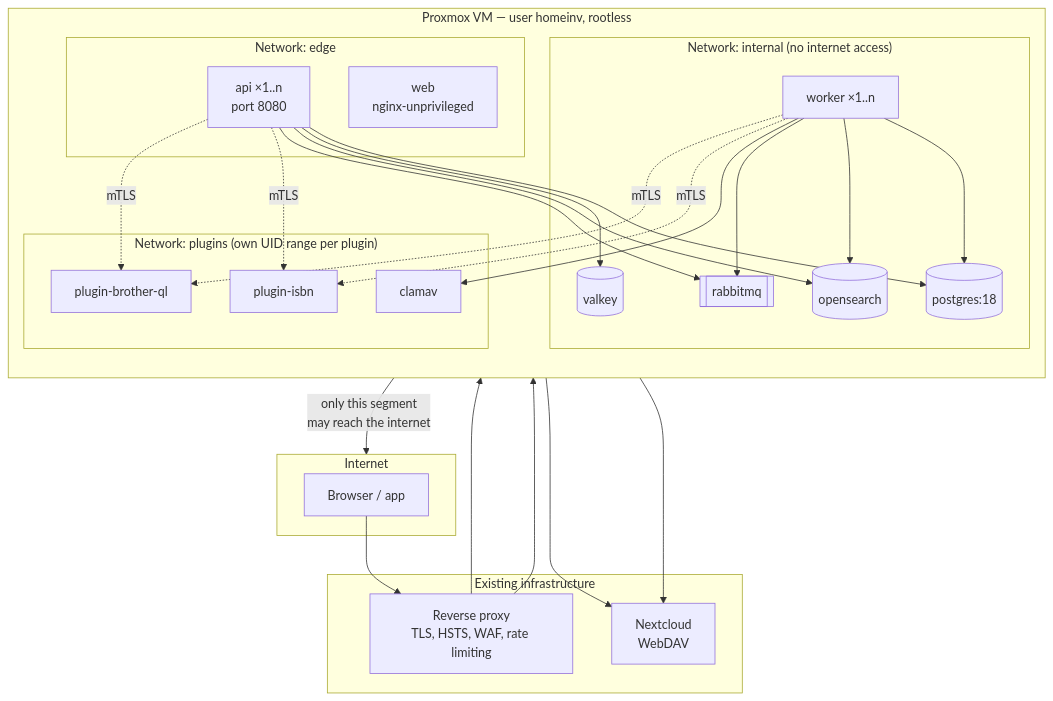
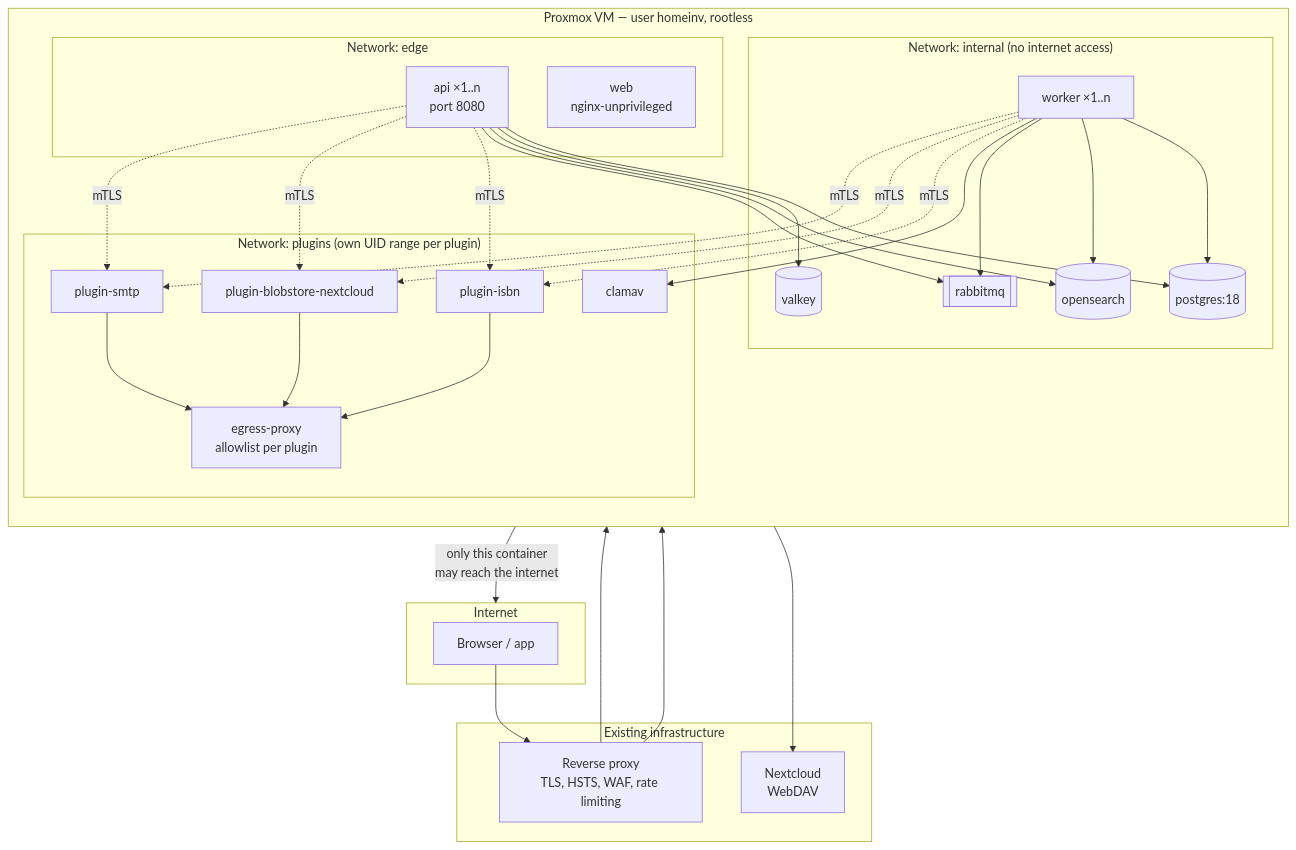
One commit to greluc/Home-Inventory changed the second of 2 diagrams in docs/architecture/06-deployment-view.md. Above: the diagram before and after it, drawn with Mermaid. The commit also changed other lines of this file and 38 other files, not shown here.

````diff
--- a/docs/architecture/06-deployment-view.md
+++ b/docs/architecture/06-deployment-view.md
@@ -378,39 +407,41 @@
 ```mermaid
 graph TB
     subgraph Internet
         BR["Browser / app"]
     end
     subgraph "Existing infrastructure"
         RP["Reverse proxy<br/>TLS, HSTS, WAF, rate limiting"]
         NC["Nextcloud<br/>WebDAV"]
     end
     subgraph VM["Proxmox VM — user homeinv, rootless"]
         direction TB
         subgraph netEdge["Network: edge"]
             WEB["web<br/>nginx-unprivileged"]
             APP["api ×1..n<br/>port 8080"]
         end
         subgraph netInt["Network: internal (no internet access)"]
             WRK["worker ×1..n"]
             PG[("postgres:18")]
             OS[("opensearch")]
             MQ[["rabbitmq"]]
             KV[("valkey")]
         end
         subgraph netPlug["Network: plugins (own UID range per plugin)"]
             CAV["clamav"]
+            EGP["egress-proxy<br/>allowlist per plugin"]
             PH1["plugin-isbn"]
-            PH2["plugin-brother-ql"]
+            PH2["plugin-blobstore-nextcloud"]
+            PH3["plugin-smtp"]
         end
     end
     BR --> RP
     RP --> WEB
     RP --> APP
     APP --> PG & KV & OS & MQ
     WRK --> PG & OS & MQ & CAV
-    APP -.->|mTLS| PH1 & PH2
-    WRK -.->|mTLS| PH1 & PH2
-    APP --> NC
-    WRK --> NC
-    PH1 -->|only this segment<br/>may reach the internet| Internet
+    APP -.->|mTLS| PH1 & PH2 & PH3
+    WRK -.->|mTLS| PH1 & PH2 & PH3
+    PH1 & PH2 & PH3 --> EGP
+    EGP -->|only this container<br/>may reach the internet| Internet
+    EGP --> NC
 ```
````
